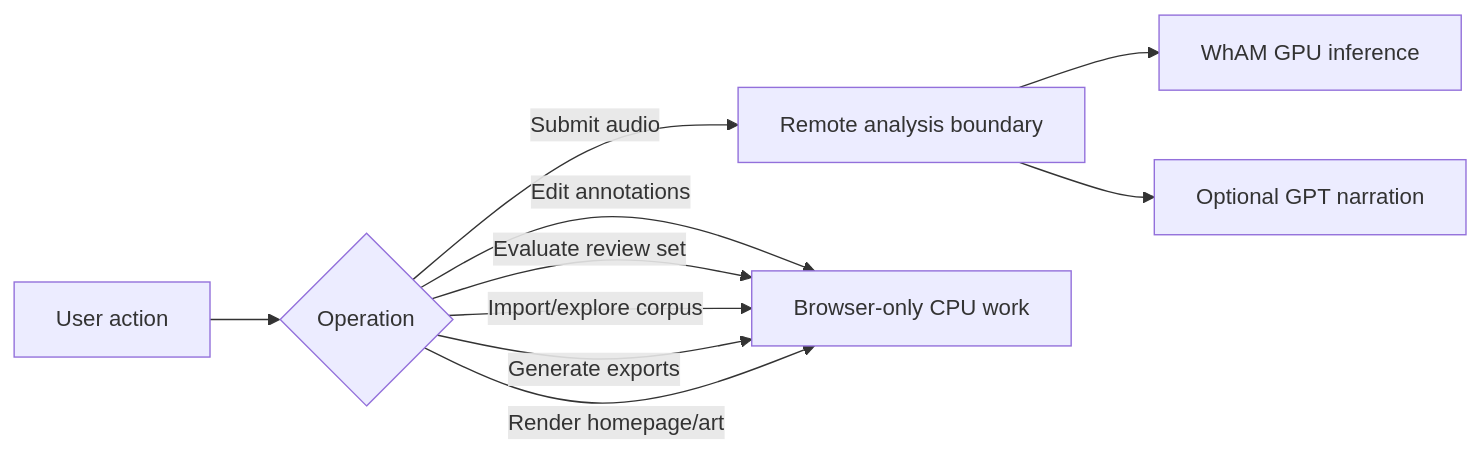
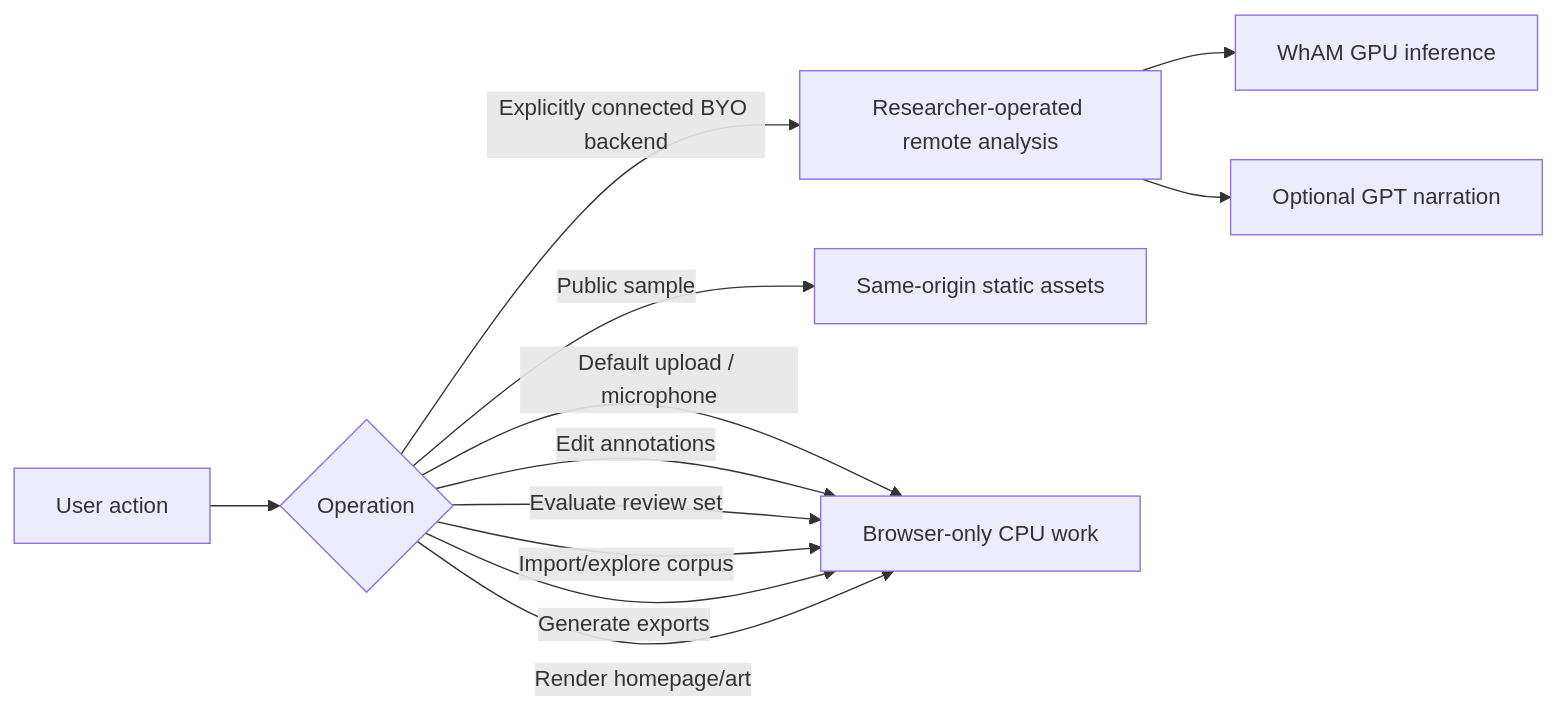
The fifth of 6 diagrams in ARCHITECTURE.md (sabbivikas/whale-acoustic-lab), drawn with Mermaid before and after one commit. The commit also changed other lines of this file and 24 other files, not shown here.

Commit message:
Add zero-cost browser analysis modes

````diff
--- a/ARCHITECTURE.md
+++ b/ARCHITECTURE.md
@@ -102,12 +110,14 @@
 ```mermaid
 flowchart LR
     U["User action"] --> Q{"Operation"}
-    Q -->|"Submit audio"| PAID["Remote analysis boundary"]
+    Q -->|"Explicitly connected BYO backend"| PAID["Researcher-operated remote analysis"]
+    Q -->|"Public sample"| STATIC["Same-origin static assets"]
+    Q -->|"Default upload / microphone"| LOCAL["Browser-only CPU work"]
     PAID --> GPU["WhAM GPU inference"]
     PAID --> GPT["Optional GPT narration"]
     Q -->|"Edit annotations"| LOCAL["Browser-only CPU work"]
     Q -->|"Evaluate review set"| LOCAL
     Q -->|"Import/explore corpus"| LOCAL
     Q -->|"Generate exports"| LOCAL
     Q -->|"Render homepage/art"| LOCAL
 ```
````
